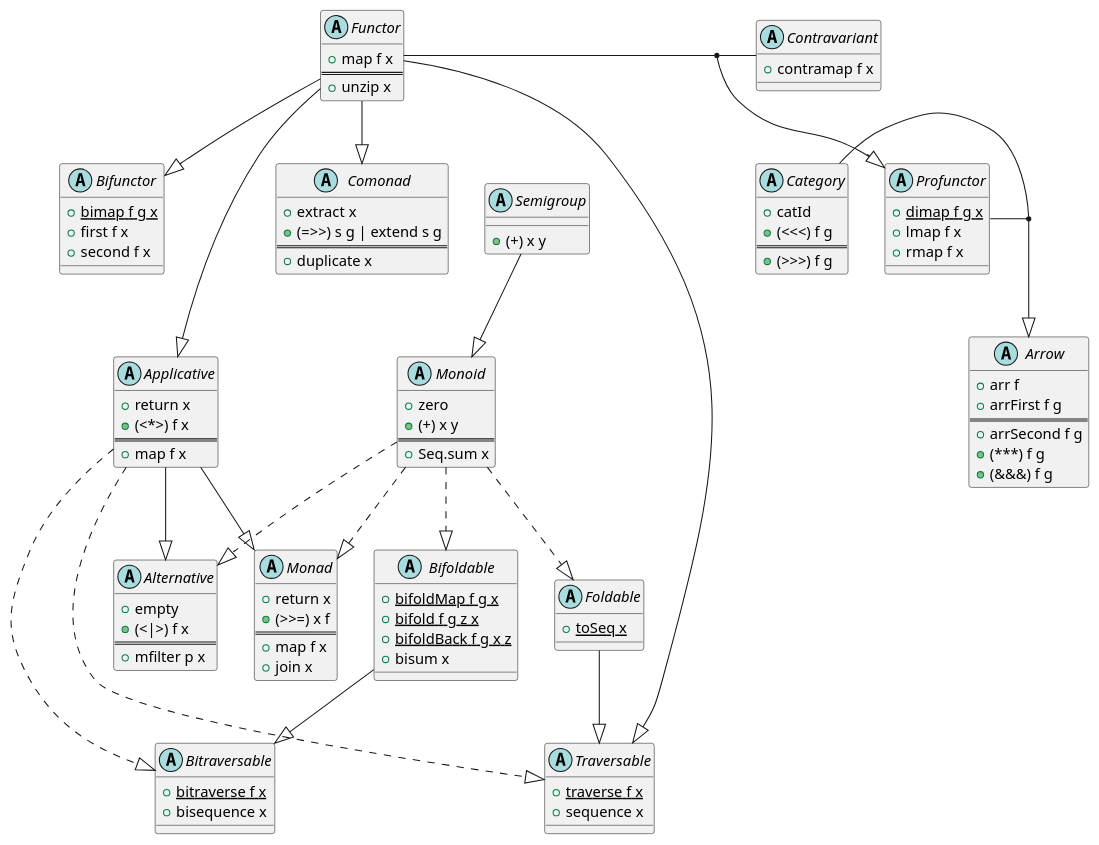
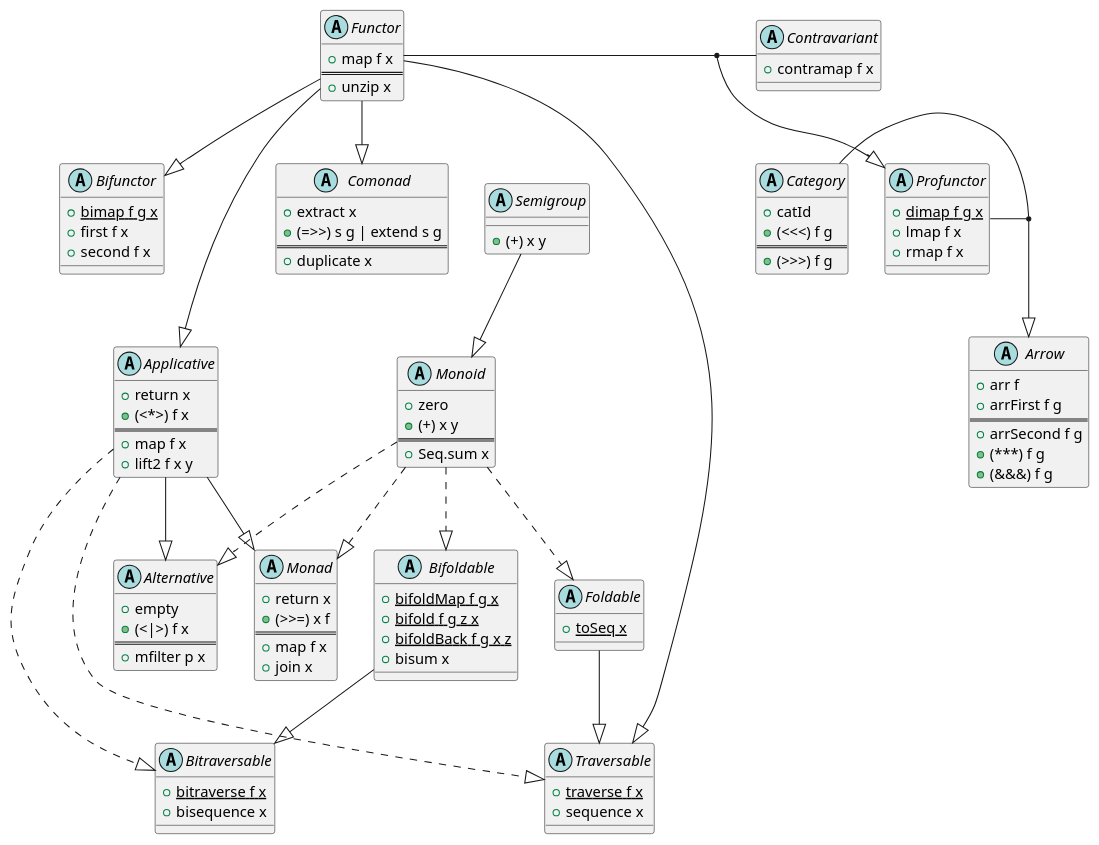
One commit to fsprojects/FSharpPlus changed the diagram in docsrc/tools/templates/abstractions.plantuml. Above: the diagram before and after it, drawn with PlantUML. The commit also changed 1 other file, not shown here.

```diff
--- a/docsrc/tools/templates/abstractions.plantuml
+++ b/docsrc/tools/templates/abstractions.plantuml
@@ -1,133 +1,134 @@
 @startuml
 skinparam svgDimensionStyle false
 
 together {
 	abstract class Semigroup [[http://fsprojects.github.io/FSharpPlus/abstraction-semigroup.html]] {
 	  + (+) x y [[[http://fsprojects.github.io/FSharpPlus/abstraction-semigroup.html#plus {Appends two semigroups} ]]]
 	}
 
 	abstract class Comonad [[http://fsprojects.github.io/FSharpPlus/abstraction-comonad.html]] {
 	  + extract x [[[http://fsprojects.github.io/FSharpPlus/abstraction-comonad.html#extract]]]
 	  + (=>>) s g | extend s g [[[http://fsprojects.github.io/FSharpPlus/abstraction-comonad.html#extend]]]
 	  ==
 	  + duplicate x
 	}
 }
 
 abstract class Monoid [[http://fsprojects.github.io/FSharpPlus/abstraction-monoid.html]] {
   + zero [[[http://fsprojects.github.io/FSharpPlus/abstraction-monoid.html#zero {Identity for (+)} ]]]
   + (+) x y [[[http://fsprojects.github.io/FSharpPlus/abstraction-monoid.html#plus {Appends both monoids} ]]]
   ==
   + Seq.sum x [[[http://fsprojects.github.io/FSharpPlus/abstraction-monoid.html#sum {Flatten a sequence of monoids} ]]]
 }
 
 
 abstract class Functor [[http://fsprojects.github.io/FSharpPlus/abstraction-functor.html]] {
   + map f x [[[http://fsprojects.github.io/FSharpPlus/abstraction-functor.html#map {Lift a function into a Functor} ]]]
   ==
   + unzip x
 }
 
 abstract class Contravariant [[http://fsprojects.github.io/FSharpPlus/abstraction-contravariant.html]] {
   + contramap f x [[[http://fsprojects.github.io/FSharpPlus/abstraction-contravariant.html#contramap]]]
 }
 
 
 abstract class Applicative [[http://fsprojects.github.io/FSharpPlus/abstraction-applicative.html]] {
   + return x [[[http://fsprojects.github.io/FSharpPlus/abstraction-monad.html#return {Lift a value into a Functor} ]]]
   + (<*>) f x [[[http://fsprojects.github.io/FSharpPlus/abstraction-applicative.html {Apply a lifted argument to a lifted function} ]]]
   ==
   + map f x [[[http://fsprojects.github.io/FSharpPlus/abstraction-functor.html#map {Lift a function into a Functor} ]]]
+  + lift2 f x y [[[http://fsprojects.github.io/FSharpPlus/abstraction-applicative.html#lift2 {Applies 2 lifted values to a non-lifted function} ]]]
 }
 
 abstract class Alternative [[http://fsprojects.github.io/FSharpPlus/abstraction-alternative.html]] {
   + empty [[[http://fsprojects.github.io/FSharpPlus/abstraction-alternative.html]]]
   + (<|>) f x [[[http://fsprojects.github.io/FSharpPlus/abstraction-alternative.html]]]
   ==
   + mfilter p x [[[http://fsprojects.github.io/FSharpPlus/abstraction-alternative.html#mfilter {Returns all values satisfying the predicate, if the predicate returns false will use the empty value} ]]]
 }
 
 abstract class Monad [[http://fsprojects.github.io/FSharpPlus/abstraction-monad.html]] {
   + return x [[[http://fsprojects.github.io/FSharpPlus/abstraction-monad.html#return {Lift a value into a Functor} ]]]
   + (>>=) x f [[[http://fsprojects.github.io/FSharpPlus/abstraction-monad.html#bind {Takes a monadic value and a function from a plain type to a monadic value, and returns a new monadic value} ]]]
   ==
   + map f x [[[http://fsprojects.github.io/FSharpPlus/abstraction-functor.html#map {Lift a function into a Functor} ]]]
   + join x [[[http://fsprojects.github.io/FSharpPlus/abstraction-functor.html#join {Flattens two layers of monadic information into one} ]]]
 }
 
 
 abstract class Bifunctor [[http://fsprojects.github.io/FSharpPlus/abstraction-bifunctor.html]] {
   + {static} bimap f g x [[[http://fsprojects.github.io/FSharpPlus/abstraction-bifunctor.html#bimap]]]
   + first f x [[[http://fsprojects.github.io/FSharpPlus/abstraction-bifunctor.html#first]]]
   + second f x [[[http://fsprojects.github.io/FSharpPlus/abstraction-bifunctor.html#second]]]
 }
 
 
 
 abstract class Foldable [[http://fsprojects.github.io/FSharpPlus/abstraction-foldable.html]] {
   {static} + toSeq x [[[http://fsprojects.github.io/FSharpPlus/abstraction-foldable.html#toSeq {Converts to a seq} ]]]
 }
 
 abstract class Bifoldable [[http://fsprojects.github.io/FSharpPlus/abstraction-bifoldable.html]] {
   {static} + bifoldMap f g x [[[http://fsprojects.github.io/FSharpPlus/abstraction-bifoldable.html#bifoldMap]]]
   {static} + bifold f g z x [[[http://fsprojects.github.io/FSharpPlus/abstraction-bifoldable.html#bifold]]]
   {static} + bifoldBack f g x z [[[http://fsprojects.github.io/FSharpPlus/abstraction-bifoldable.html#bifoldBack]]]
   + bisum x [[[http://fsprojects.github.io/FSharpPlus/abstraction-bifoldable.html#bisum]]]
 }
 
 abstract class Traversable [[http://fsprojects.github.io/FSharpPlus/abstraction-traversable.html]] {
   {static} + traverse f x [[[http://fsprojects.github.io/FSharpPlus/abstraction-traversable.html#traverse {Map each element of a structure to an action, evaluate them left to right and collect result }]]]
   + sequence x [[[http://fsprojects.github.io/FSharpPlus/abstraction-traversable.html#sequence {Evaluate each action in the structure left to right and collect the result } ]]]
 }
 
 abstract class Bitraversable [[http://fsprojects.github.io/FSharpPlus/abstraction-bitraversable.html]] {
   {static} + bitraverse f x [[[http://fsprojects.github.io/FSharpPlus/abstraction-bitraversable.html#bitraverse {Evaluates the relevant functions at each element in the structure, running the action, and collect results }]]]
   + bisequence x [[[http://fsprojects.github.io/FSharpPlus/abstraction-bitraversable.html#bisequence {Sequences all the actions in a structure, building a new structure with the same shape using the results of the actions } ]]]
 }
 
 together {
 	abstract class Profunctor [[http://fsprojects.github.io/FSharpPlus/abstraction-profunctor.html]] {
 	  + {static} dimap f g x [[[http://fsprojects.github.io/FSharpPlus/abstraction-profunctor.html#dimap]]]
 	  + lmap f x [[[http://fsprojects.github.io/FSharpPlus/abstraction-profunctor.html#lmap]]]
 	  + rmap f x [[[http://fsprojects.github.io/FSharpPlus/abstraction-profunctor.html#rmap]]]
 	}
 
 	abstract class Category [[http://fsprojects.github.io/FSharpPlus/abstraction-category.html]] {
 	  + catId [[[http://fsprojects.github.io/FSharpPlus/abstraction-category.html#catId {The identity morphism. }]]]
 	  + (<<<) f g [[[http://fsprojects.github.io/FSharpPlus/abstraction-category.html#catComp {Right-to-left morphism composition. } ]]]
 	  ==
 	  + (>>>) f g [[[http://fsprojects.github.io/FSharpPlus/abstraction-category.html#catComp {Left-to-right morphism composition. } ]]]
 	}
 }
 
 abstract class Arrow [[http://fsprojects.github.io/FSharpPlus/abstraction-arrow.html]] {
   + arr f [[[http://fsprojects.github.io/FSharpPlus/abstraction-arrow.html#arr {Lift a function to an arrow. }]]]
   + arrFirst f g [[[http://fsprojects.github.io/FSharpPlus/abstraction-arrow.html#arrFirst {Send the 1st component of the input through the argument arrow and copy the rest unchanged to the output. } ]]]
   ==
   + arrSecond f g [[[http://fsprojects.github.io/FSharpPlus/abstraction-arrow.html#arrSecond {Send the 2nd component of the input through the argument arrow and copy the rest unchanged to the output. } ]]]
   + (***) f g [[[http://fsprojects.github.io/FSharpPlus/abstraction-arrow.html#arrCombine {Split the input between the two argument arrows and combine their output. } ]]]
   + (&&&) f g [[[http://fsprojects.github.io/FSharpPlus/abstraction-arrow.html#fanout {Send the input to both argument arrows and combine their output. } ]]]
 }
 
 
 
 Semigroup  --|> Monoid 
 Functor  --|> Bifunctor
 Functor  --|> Applicative
 Applicative  --|> Monad
 Applicative  --|> Alternative
 Monoid ..|> Monad
 Monoid ..|> Foldable
 Monoid ..|> Bifoldable
 Functor --|> Comonad
 Functor --|> Traversable
 Foldable --|> Traversable
 Bifoldable --|> Bitraversable
 Applicative ..|> Bitraversable
 Applicative ..|> Traversable
 Monoid ..|> Alternative
 Functor - Contravariant
 (Functor, Contravariant) --|> Profunctor
 Profunctor - Category
 (Profunctor, Category) --|>  Arrow
 @enduml
```
